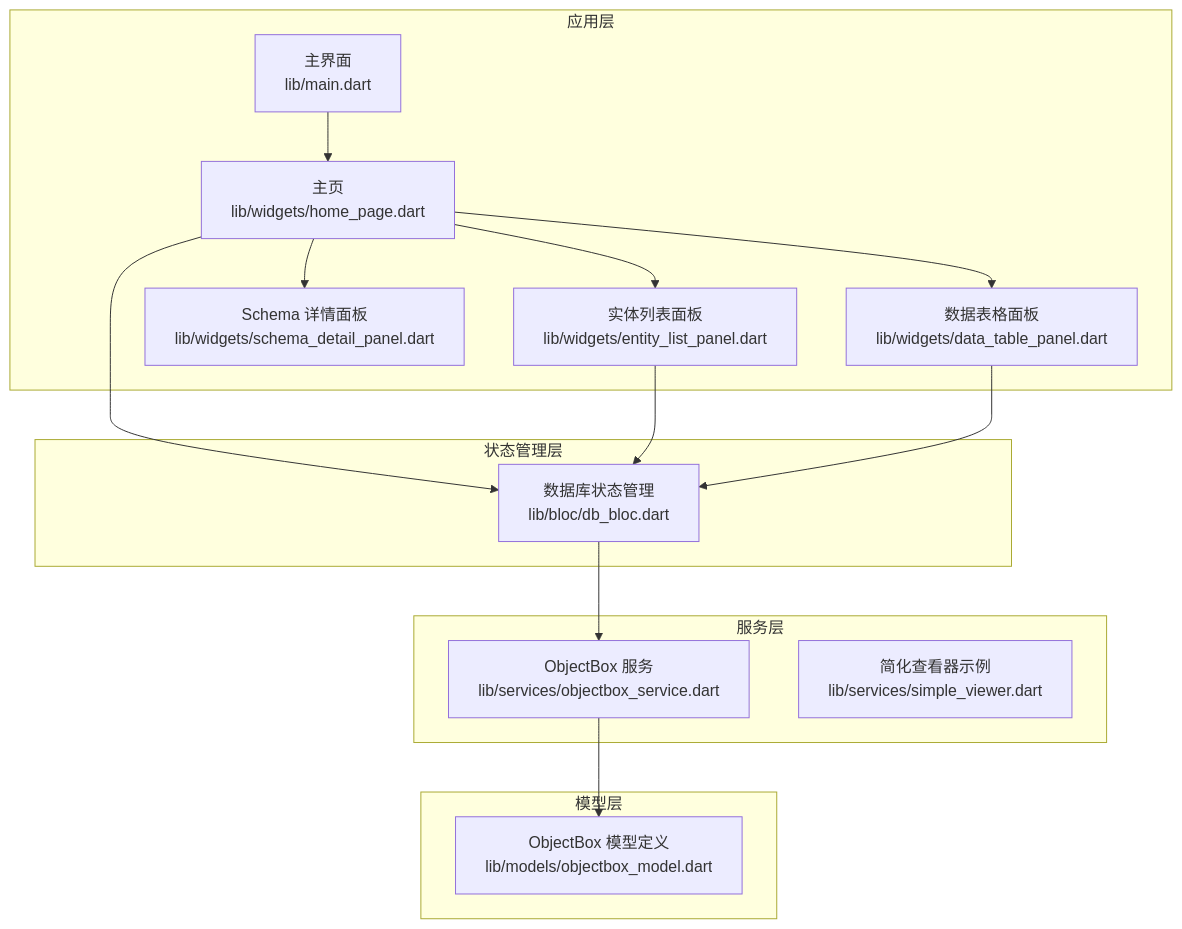
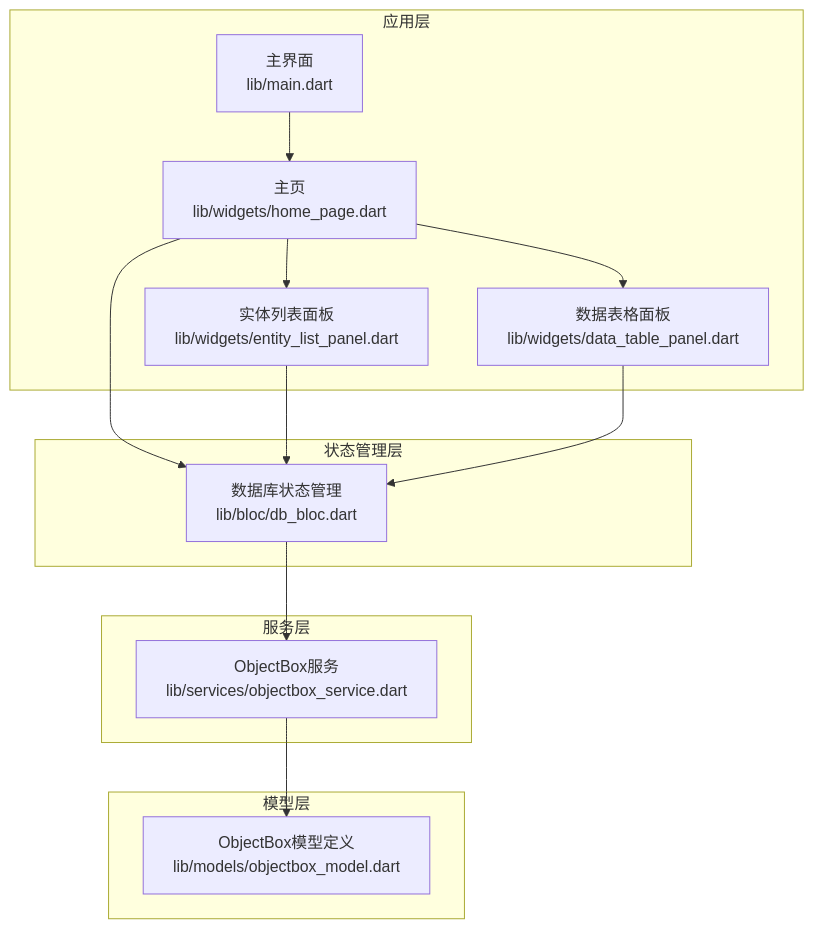
Before and after one commit to kongpf8848/objectbox_viewer: the first of 6 diagrams in .qoder/repowiki/zh/content/项目概述.md, drawn with Mermaid. The commit also changed other lines of this file and 9 other files, not shown here.

````diff
--- a/.qoder/repowiki/zh/content/项目概述.md
+++ b/.qoder/repowiki/zh/content/项目概述.md
@@ -61,29 +70,26 @@
 ```mermaid
 graph TB
 subgraph "应用层"
 UI_Main["主界面<br/>lib/main.dart"]
 UI_Home["主页<br/>lib/widgets/home_page.dart"]
 UI_EntityList["实体列表面板<br/>lib/widgets/entity_list_panel.dart"]
-UI_SchemaDetail["Schema 详情面板<br/>lib/widgets/schema_detail_panel.dart"]
 UI_DataTable["数据表格面板<br/>lib/widgets/data_table_panel.dart"]
 end
 subgraph "状态管理层"
 BLoC_DB["数据库状态管理<br/>lib/bloc/db_bloc.dart"]
 end
 subgraph "模型层"
-Model_ObjBox["ObjectBox 模型定义<br/>lib/models/objectbox_model.dart"]
+Model_ObjBox["ObjectBox模型定义<br/>lib/models/objectbox_model.dart"]
 end
 subgraph "服务层"
-Svc_ObjectBox["ObjectBox 服务<br/>lib/services/objectbox_service.dart"]
-Svc_SimpleViewer["简化查看器示例<br/>lib/services/simple_viewer.dart"]
+Svc_ObjectBox["ObjectBox服务<br/>lib/services/objectbox_service.dart"]
 end
 UI_Main --> UI_Home
 UI_Home --> UI_EntityList
-UI_Home --> UI_SchemaDetail
 UI_Home --> UI_DataTable
 UI_Home --> BLoC_DB
 BLoC_DB --> Svc_ObjectBox
 Svc_ObjectBox --> Model_ObjBox
 UI_EntityList --> BLoC_DB
 UI_DataTable --> BLoC_DB
 ```
````
